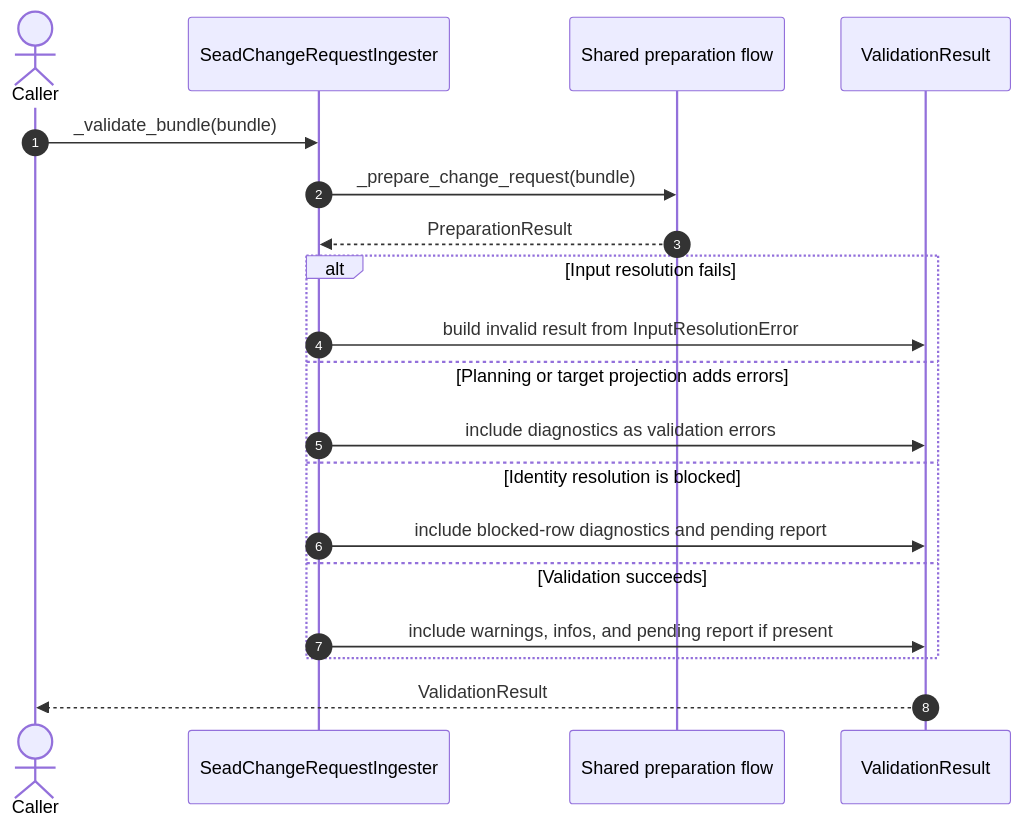
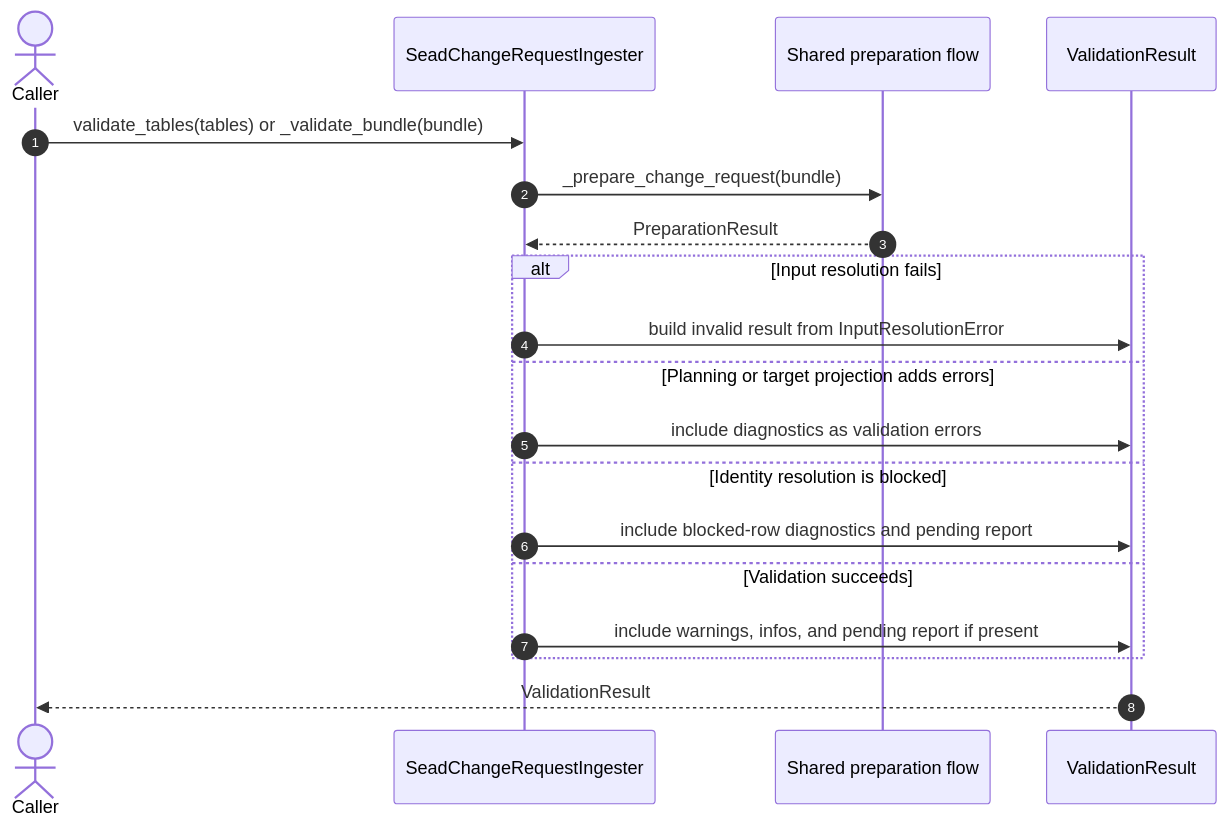
One commit to humlab-sead/sead_shape_shifter changed the fourth of 5 diagrams in ingesters/sead_change_request/DIAGRAMS.md. Above: the diagram before and after it, drawn with Mermaid. The commit also changed other lines of this file and 17 other files, not shown here.

First line of the commit message:
feat(ingesters): accept normalized tables in the change request ingester

````diff
--- a/ingesters/sead_change_request/DIAGRAMS.md
+++ b/ingesters/sead_change_request/DIAGRAMS.md
@@ -74,24 +100,24 @@
 ```mermaid
 sequenceDiagram
     autonumber
     actor Caller
     participant Ingester as SeadChangeRequestIngester
     participant Prep as Shared preparation flow
     participant Result as ValidationResult
 
-    Caller->>Ingester: _validate_bundle(bundle)
+    Caller->>Ingester: validate_tables(tables) or _validate_bundle(bundle)
     Ingester->>Prep: _prepare_change_request(bundle)
     Prep-->>Ingester: PreparationResult
 
     alt Input resolution fails
         Ingester->>Result: build invalid result from InputResolutionError
     else Planning or target projection adds errors
         Ingester->>Result: include diagnostics as validation errors
     else Identity resolution is blocked
         Ingester->>Result: include blocked-row diagnostics and pending report
     else Validation succeeds
         Ingester->>Result: include warnings, infos, and pending report if present
     end
 
     Result-->>Caller: ValidationResult
 ```
````
